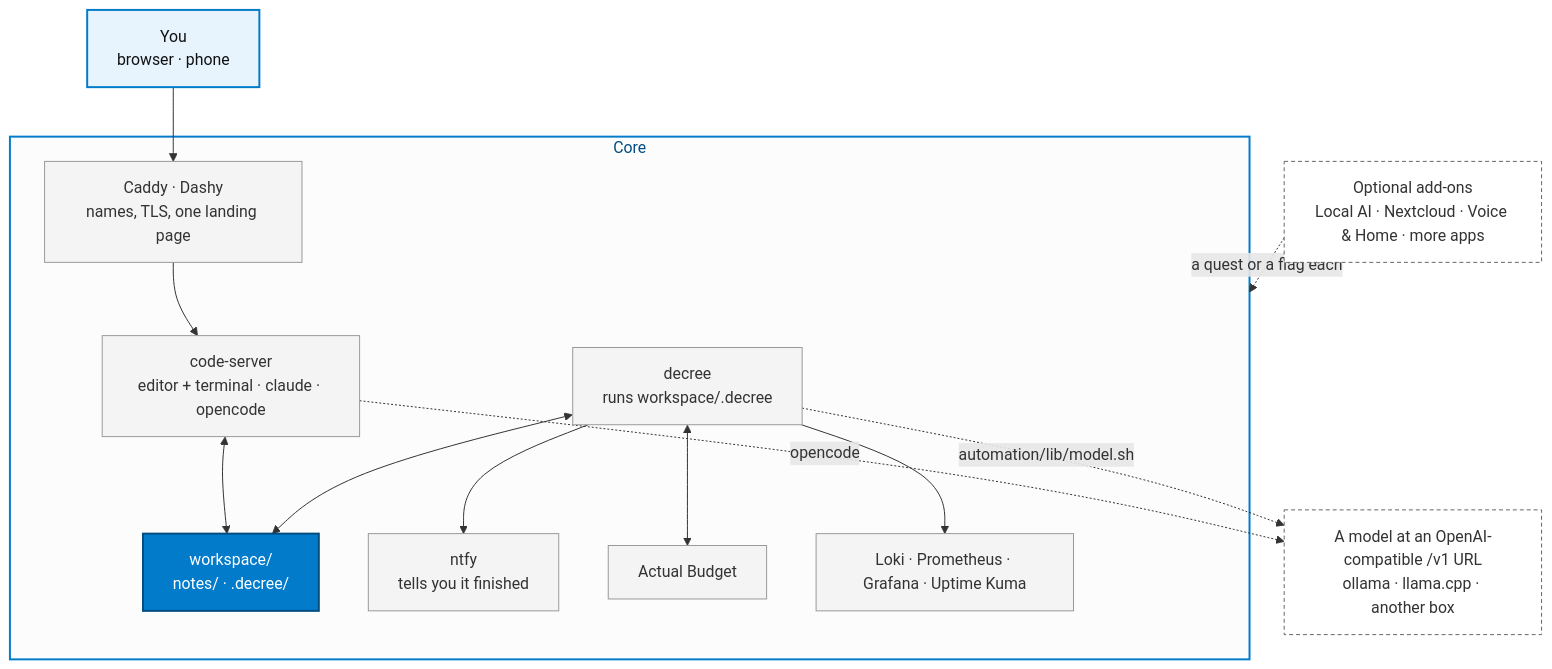
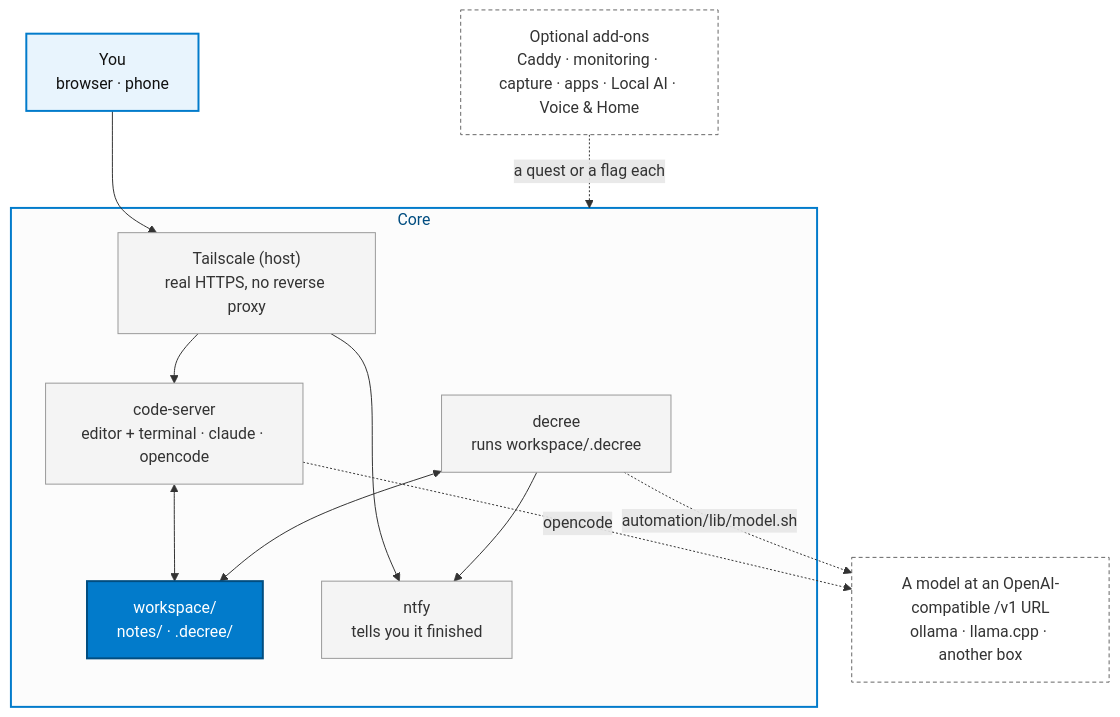
Before and after one commit to jtmckay/existential: the second of 2 diagrams in README.md, drawn with Mermaid. The commit also changed other lines of this file and 53 other files, not shown here.

````diff
--- a/README.md
+++ b/README.md
@@ -88,38 +87,35 @@
 ```mermaid
 flowchart TB
     you["You<br/>browser · phone"]
 
     subgraph core["Core"]
+        ts["Tailscale (host)<br/>real HTTPS, no reverse proxy"]
         cs["code-server<br/>editor + terminal · claude · opencode"]
         ws["workspace/<br/>notes/ · .decree/"]
         dec["decree<br/>runs workspace/.decree"]
         ntfy["ntfy<br/>tells you it finished"]
-        apps["Actual Budget"]
-        obs["Loki · Prometheus · Grafana · Uptime Kuma"]
-        edge["Caddy · Dashy<br/>names, TLS, one landing page"]
     end
 
     model["A model at an OpenAI-compatible /v1 URL<br/>ollama · llama.cpp · another box"]
-    addons["Optional add-ons<br/>Local AI · Nextcloud · Voice &amp; Home · more apps"]
+    addons["Optional add-ons<br/>Caddy · monitoring · capture · apps · Local AI · Voice &amp; Home"]
 
-    you --> edge
-    edge --> cs
+    you --> ts
+    ts --> cs
+    ts --> ntfy
     cs <--> ws
     dec <--> ws
     dec --> ntfy
-    dec <--> apps
-    dec --> obs
     cs -. "opencode" .-> model
     dec -. "automation/lib/model.sh" .-> model
     addons -. "a quest or a flag each" .-> core
 
     classDef me fill:#e8f4fd,stroke:#027bcb,stroke-width:2px,color:#111
     classDef hub fill:#027bcb,stroke:#014d80,stroke-width:2px,color:#fff
     classDef box fill:#f4f4f4,stroke:#999,color:#333
     classDef ext fill:#fff,stroke:#666,stroke-dasharray:4 3,color:#333
     class you me
     class ws hub
-    class cs,dec,ntfy,apps,obs,edge box
+    class ts,cs,dec,ntfy box
     class model,addons ext
     style core fill:#fcfcfc,stroke:#027bcb,stroke-width:2px,color:#014d80
 ```
````
